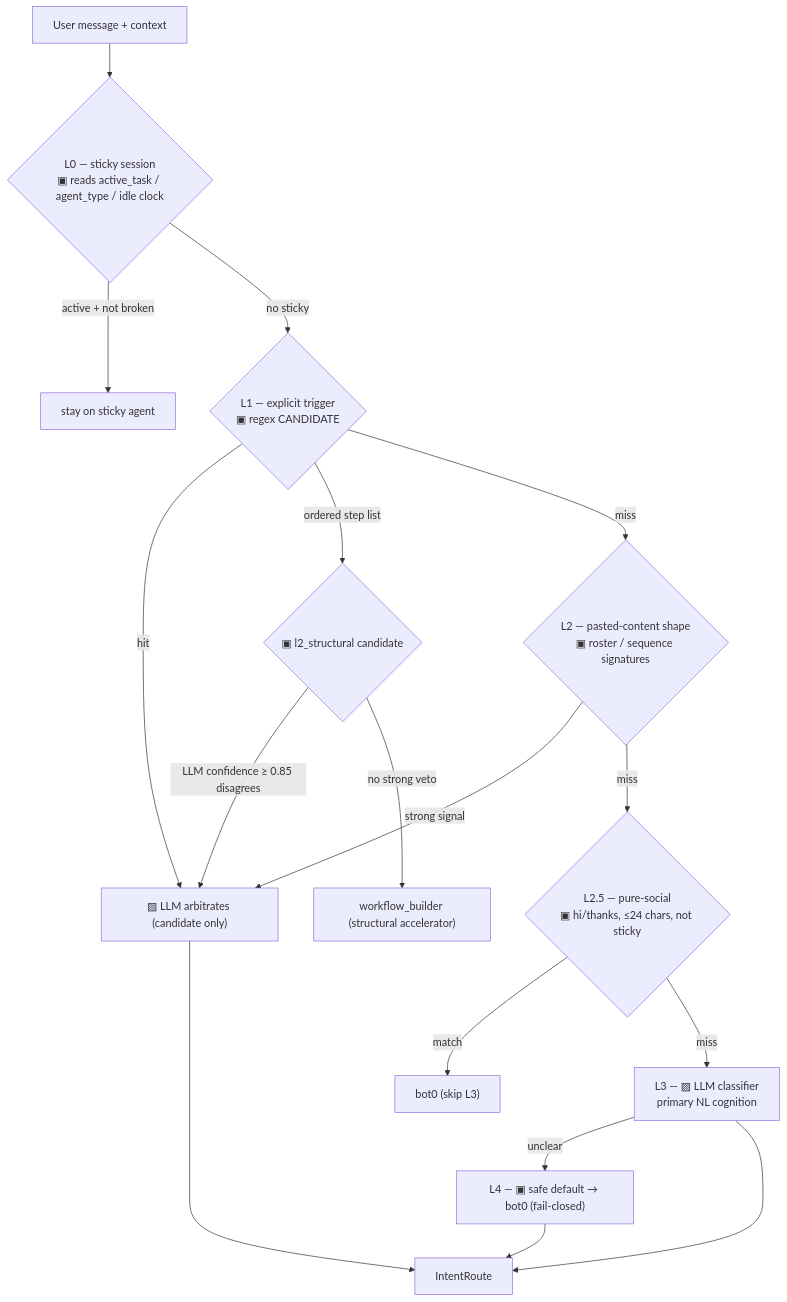
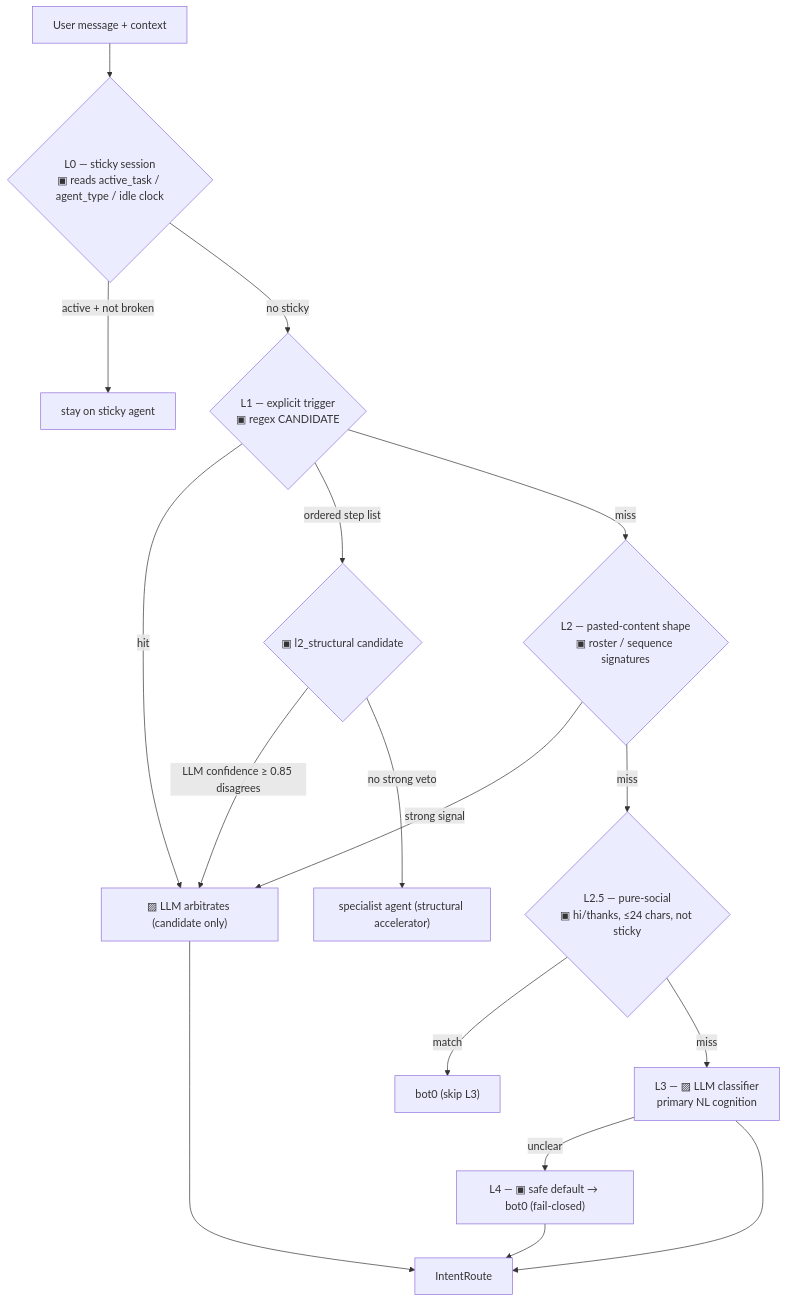
One commit to walidnegm/conversation-control-plane changed the third of 8 diagrams in docs/conversation-turn-lifecycle-diagram.md. Above: the diagram before and after it, drawn with Mermaid. The commit also changed other lines of this file and 6 other files, not shown here.

````diff
--- a/docs/conversation-turn-lifecycle-diagram.md
+++ b/docs/conversation-turn-lifecycle-diagram.md
@@ -161,28 +161,28 @@
 ```mermaid
 flowchart TD
  Q["User message + context"] --> L0
  L0{"L0 — sticky session<br/>▣ reads active_task / agent_type / idle clock"}
  L0 -->|active + not broken| STAY["stay on sticky agent"]
  L0 -->|no sticky| L1
 
  L1{"L1 — explicit trigger<br/>▣ regex CANDIDATE"}
  L1 -->|hit| ARB["▨ LLM arbitrates (candidate only)"]
  L1 -->|ordered step list| STRUCT{"▣ l2_structural candidate"}
  STRUCT -->|LLM confidence ≥ 0.85 disagrees| ARB
- STRUCT -->|no strong veto| WB["workflow_builder (structural accelerator)"]
+ STRUCT -->|no strong veto| WB["specialist agent (structural accelerator)"]
  L1 -->|miss| L2
 
  L2{"L2 — pasted-content shape<br/>▣ roster / sequence signatures"}
  L2 -->|strong signal| ARB
  L2 -->|miss| L25
 
  L25{"L2.5 — pure-social<br/>▣ hi/thanks, ≤24 chars, not sticky"}
  L25 -->|match| SOCIAL["bot0 (skip L3)"]
  L25 -->|miss| L3
 
  L3["L3 — ▨ LLM classifier<br/>primary NL cognition"]
  L3 -->|unclear| L4
  ARB --> OUT["IntentRoute"]
  L3 --> OUT
  L4["L4 — ▣ safe default → bot0 (fail-closed)"] --> OUT
 ```
````
